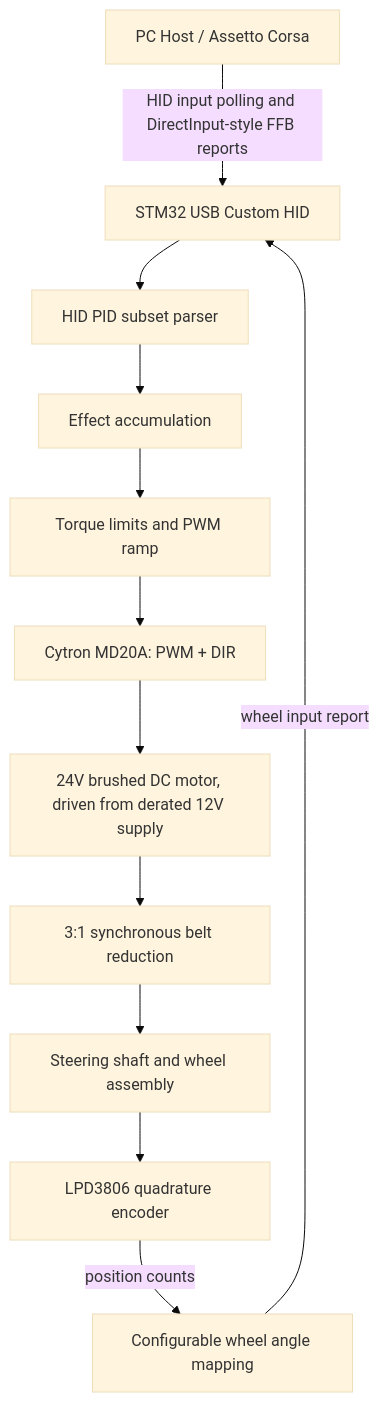
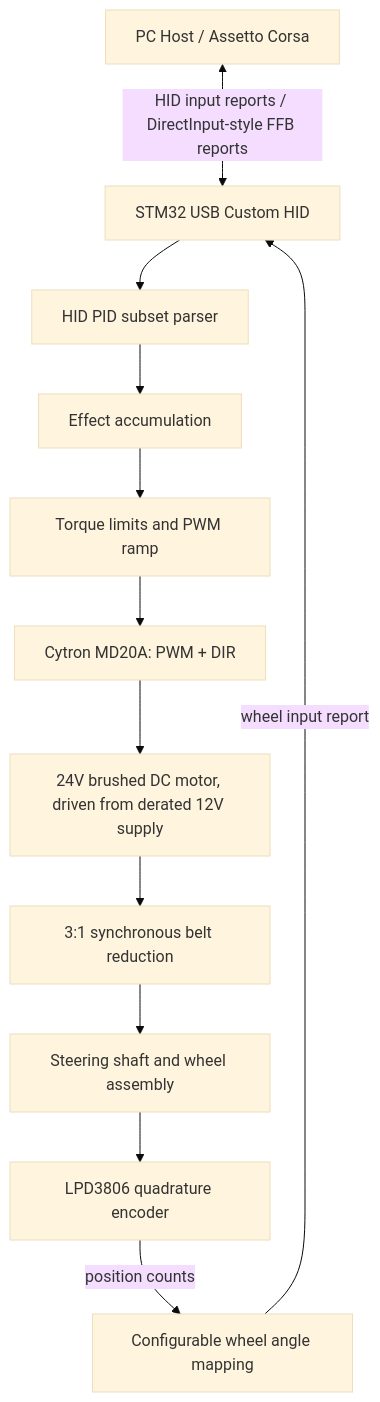
One commit to AllRightsReserved093/FFB-Racing-Wheel-Case-Study changed the diagram in README.md. Above: the diagram before and after it, drawn with Mermaid (base theme).

````diff
--- a/README.md
+++ b/README.md
@@ -50,14 +50,14 @@
 ```mermaid
 flowchart TD
-    Host["PC Host / Assetto Corsa"] -->|"HID input polling and DirectInput-style FFB reports"| USB["STM32 USB Custom HID"]
+    Host["PC Host / Assetto Corsa"] <-->|"HID input reports / DirectInput-style FFB reports"| USB["STM32 USB Custom HID"]
     USB --> Parser["HID PID subset parser"]
     Parser --> Mixer["Effect accumulation"]
     Mixer --> Safety["Torque limits and PWM ramp"]
     Safety --> Driver["Cytron MD20A: PWM + DIR"]
     Driver --> Motor["24V brushed DC motor, driven from derated 12V supply"]
     Motor --> Belt["3:1 synchronous belt reduction"]
     Belt --> Wheel["Steering shaft and wheel assembly"]
     Wheel --> Encoder["LPD3806 quadrature encoder"]
     Encoder -->|"position counts"| Angle["Configurable wheel angle mapping"]
     Angle -->|"wheel input report"| USB
 ```
````
